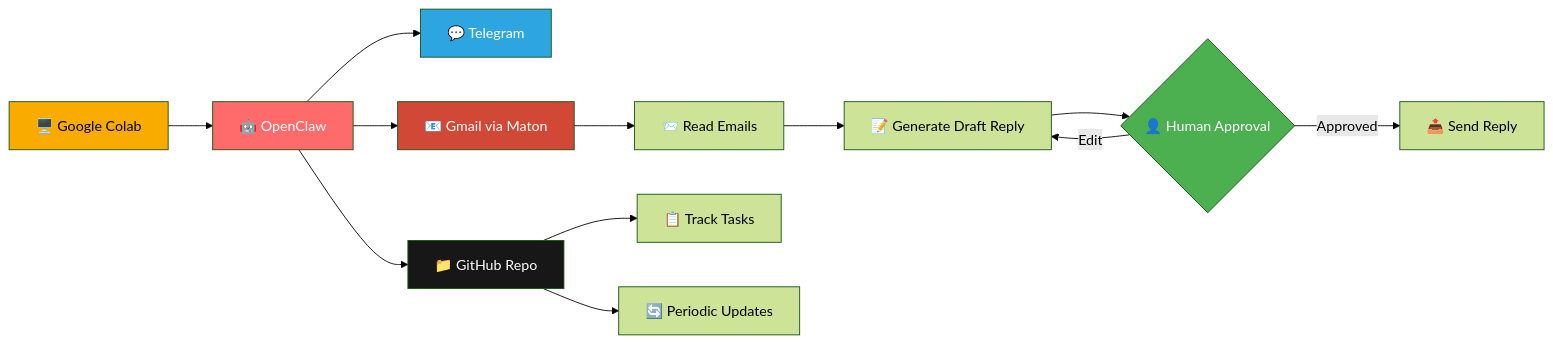
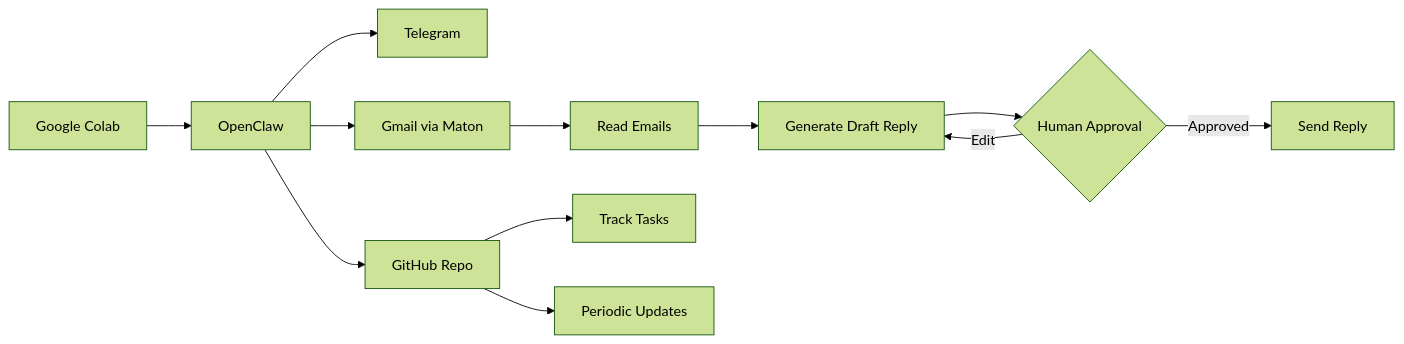
Before and after one commit to Henriepigastric590/colabclaw: the first of 5 diagrams in README.md, drawn with Mermaid (forest theme). The commit also changed other lines of this file and 1 other file, not shown here.

Commit message:
Simplify mermaid diagrams to monochrome for light/dark theme compatibility

````diff
--- a/README.md
+++ b/README.md
@@ -52,23 +52,16 @@
 ```mermaid
 flowchart LR
-    A[🖥️ Google Colab] --> B[🤖 OpenClaw]
-    B --> C[💬 Telegram]
-    B --> D[📧 Gmail via Maton]
-    B --> E[📁 GitHub Repo]
+    A[Google Colab] --> B[OpenClaw]
+    B --> C[Telegram]
+    B --> D[Gmail via Maton]
+    B --> E[GitHub Repo]
 
-    D --> F[📨 Read Emails]
-    F --> G[📝 Generate Draft Reply]
-    G --> H{👤 Human Approval}
-    H -->|Approved| I[📤 Send Reply]
+    D --> F[Read Emails]
+    F --> G[Generate Draft Reply]
+    G --> H{Human Approval}
+    H -->|Approved| I[Send Reply]
     H -->|Edit| G
 
-    E --> J[📋 Track Tasks]
-    E --> K[🔄 Periodic Updates]
-
-    style A fill:#F9AB00,color:#000
-    style B fill:#FF6B6B,color:#fff
-    style C fill:#2CA5E0,color:#fff
-    style D fill:#D14836,color:#fff
-    style E fill:#181717,color:#fff
-    style H fill:#4CAF50,color:#fff
+    E --> J[Track Tasks]
+    E --> K[Periodic Updates]
 ```
````
